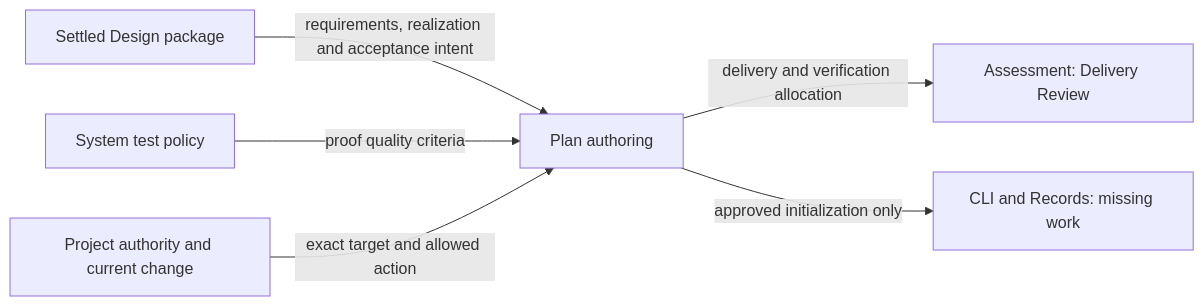
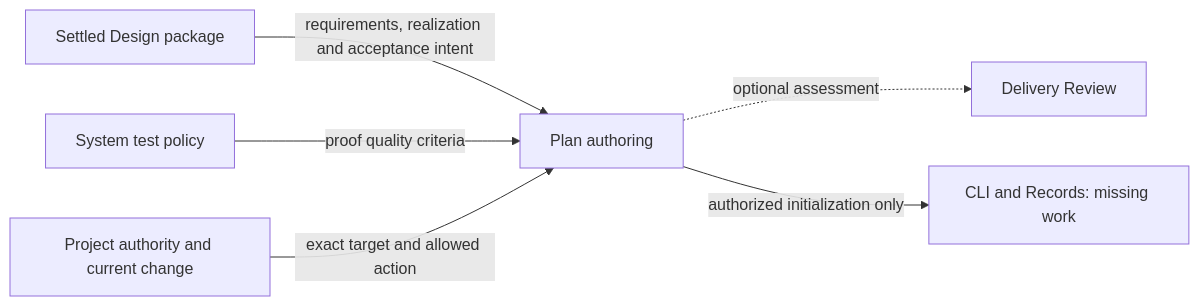
The second of 3 diagrams in design/architecture/modules/MOD-017-engineering-governance/modules/MOD-006-engineering-change-control/planning.md (xiongxianfei/rigorloop), drawn with Mermaid before and after one commit. The commit also changed other lines of this file and 166 other files, not shown here.

````diff
--- a/design/architecture/modules/MOD-017-engineering-governance/modules/MOD-006-engineering-change-control/planning.md
+++ b/design/architecture/modules/MOD-017-engineering-governance/modules/MOD-006-engineering-change-control/planning.md
@@ -86,8 +86,8 @@
 ```mermaid
 flowchart LR
     Design["Settled Design package"] -->|"requirements, realization and acceptance intent"| Plan["Plan authoring"]
     System["System test policy"] -->|"proof quality criteria"| Plan
     Authority["Project authority and current change"] -->|"exact target and allowed action"| Plan
-    Plan -->|"delivery and verification allocation"| Review["Assessment: Delivery Review"]
-    Plan -->|"approved initialization only"| Records["CLI and Records: missing work"]
+    Plan -.->|"optional assessment"| Review["Delivery Review"]
+    Plan -->|"authorized initialization only"| Records["CLI and Records: missing work"]
 ```
````
